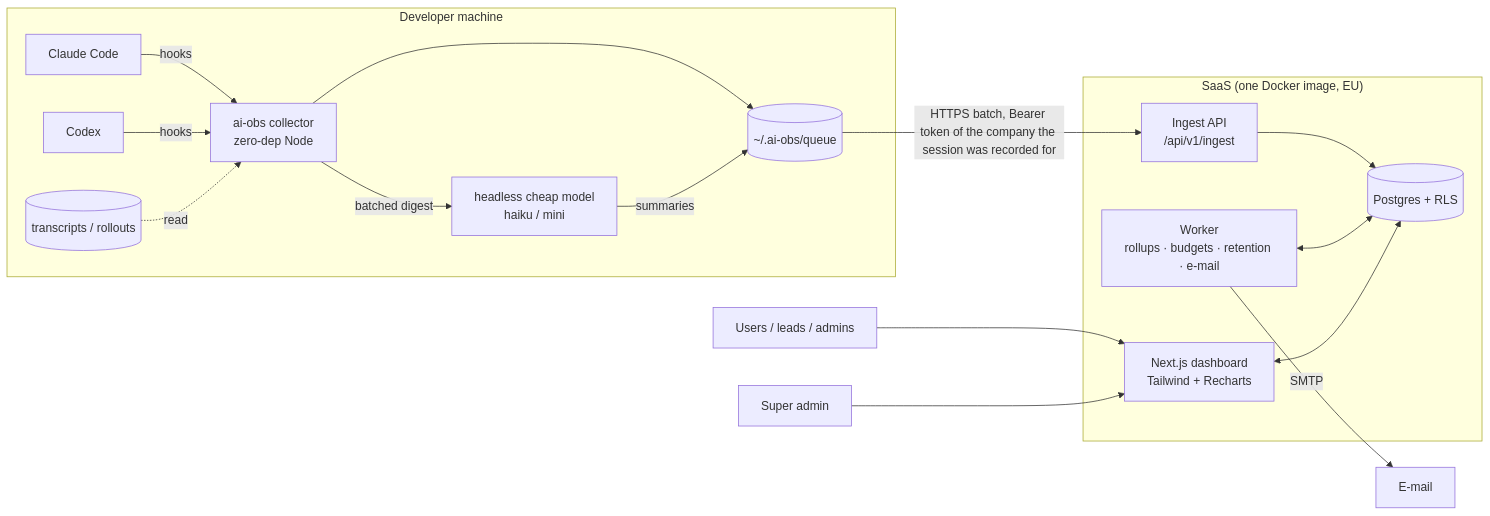
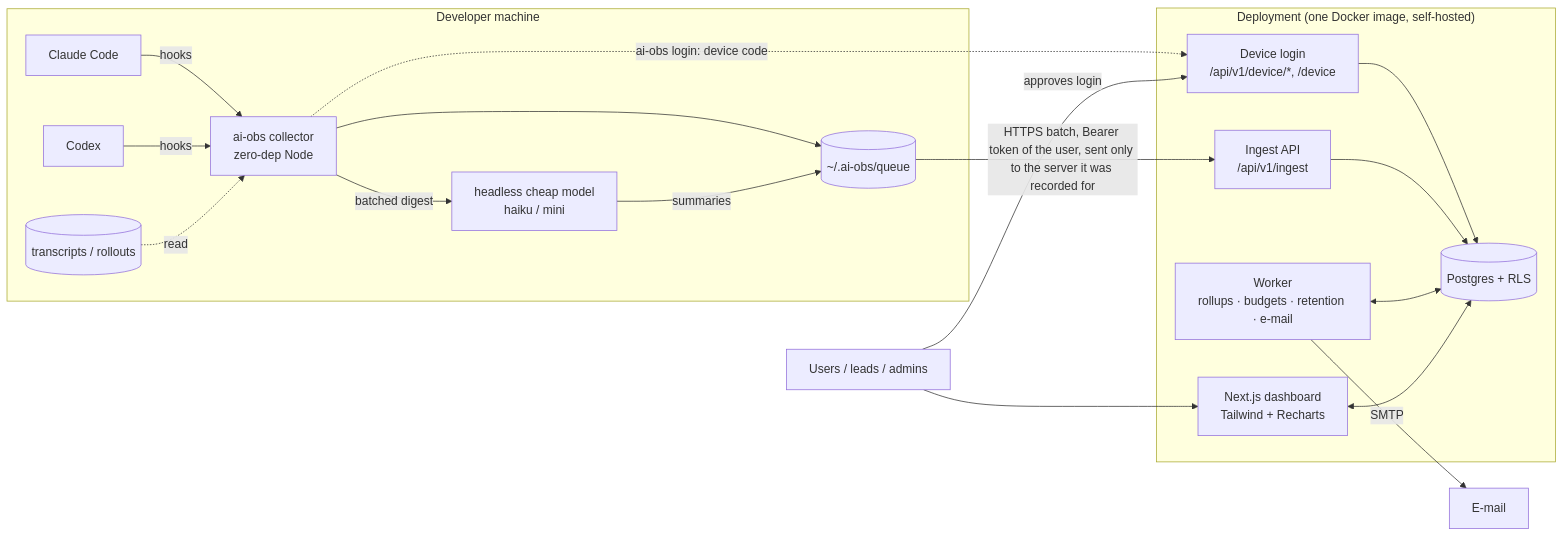
One commit to soukupl/ai-observability changed the diagram in ARCHITECTURE.md. Above: the diagram before and after it, drawn with Mermaid. The commit also changed other lines of this file and 323 other files, not shown here.

````diff
--- a/ARCHITECTURE.md
+++ b/ARCHITECTURE.md
@@ -8,20 +8,22 @@
 ```mermaid
 flowchart LR
   subgraph Dev["Developer machine"]
     H1[Claude Code] -- hooks --> C
     H2[Codex] -- hooks --> C
     T1[(transcripts / rollouts)] -. read .-> C
     C[ai-obs collector<br/>zero-dep Node] --> Q[(~/.ai-obs/queue)]
     C -- batched digest --> S[headless cheap model<br/>haiku / mini]
     S -- summaries --> Q
   end
-  Q -- "HTTPS batch, Bearer token of the company the session was recorded for" --> I
-  subgraph SaaS["SaaS (one Docker image, EU)"]
+  C -. "ai-obs login: device code" .-> D
+  Q -- "HTTPS batch, Bearer token of the user, sent only to the server it was recorded for" --> I
+  subgraph Dep["Deployment (one Docker image, self-hosted)"]
+    D[Device login<br/>/api/v1/device/*, /device] --> DB
     I[Ingest API<br/>/api/v1/ingest] --> DB[(Postgres + RLS)]
     W[Worker<br/>rollups · budgets · retention · e-mail] <--> DB
     UI[Next.js dashboard<br/>Tailwind + Recharts] <--> DB
   end
   W -- SMTP --> M[E-mail]
   U[Users / leads / admins] --> UI
-  SA[Super admin] --> UI
+  U -- approves login --> D
 ```
````
